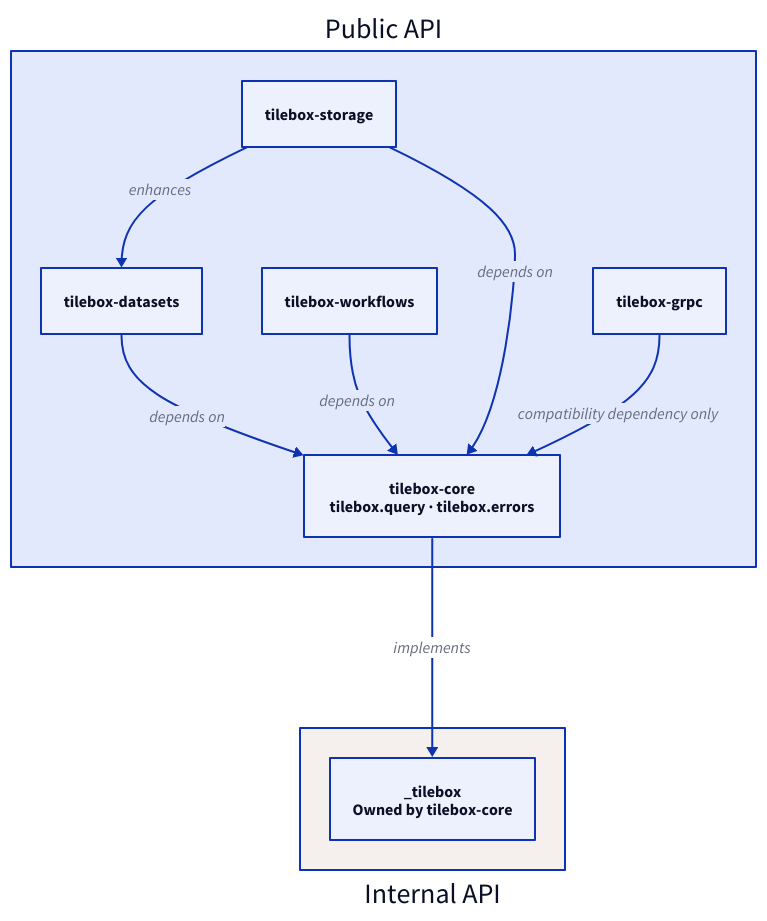
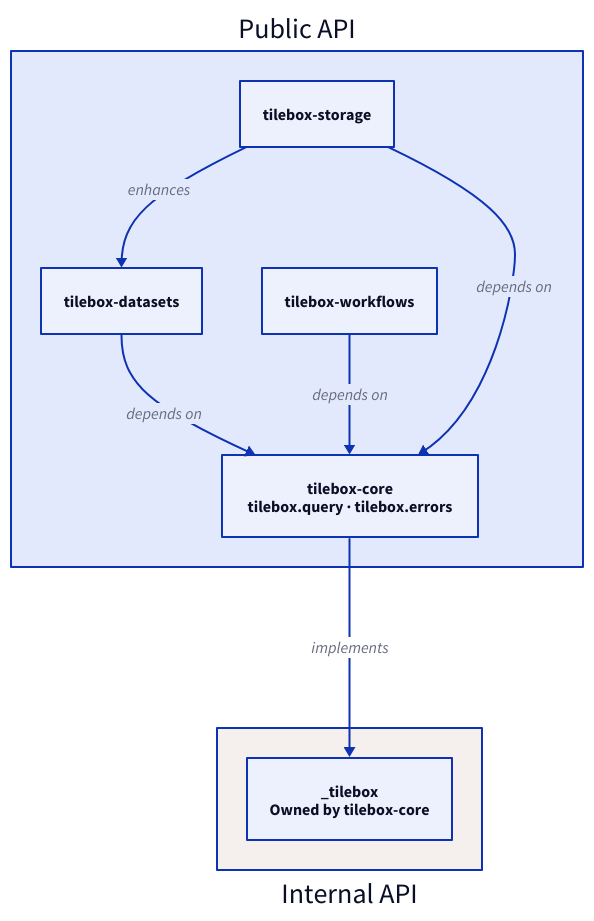
The diagram in .docs/packages.d2 (tilebox/tilebox-python), drawn with D2 before and after one commit. The commit also changed 26 other files, not shown here.

```diff
--- a/.docs/packages.d2
+++ b/.docs/packages.d2
@@ -1,49 +1,45 @@
 # Generate an SVG using:
 # https://play.d2lang.com/
 #
 # Layout Engine: ELK
 # Theme: Shirley temple
 # Sketch: True
 
 public: {
   label: Public API
   label.near: outside-top-center
 }
 
 private: {
   label: Internal API
   label.near: outside-bottom-center
   style.fill: '#F5EFED'
 }
 
 public.tilebox-core: {
   label: tilebox-core\ntilebox.query · tilebox.errors
 }
 
 private._tilebox: {
   label: _tilebox\nOwned by tilebox-core
 }
 
 public.tilebox-core -> private._tilebox: {
   label: implements
 }
 
 public.tilebox-datasets -> public.tilebox-core: {
   label: depends on
 }
 
 public.tilebox-storage -> public.tilebox-datasets: {
   label: enhances
 }
 
 public.tilebox-workflows -> public.tilebox-core: {
   label: depends on
 }
 
 public.tilebox-storage -> public.tilebox-core: {
   label: depends on
 }
-
-public.tilebox-grpc -> public.tilebox-core: {
-  label: compatibility dependency only
-}
```
